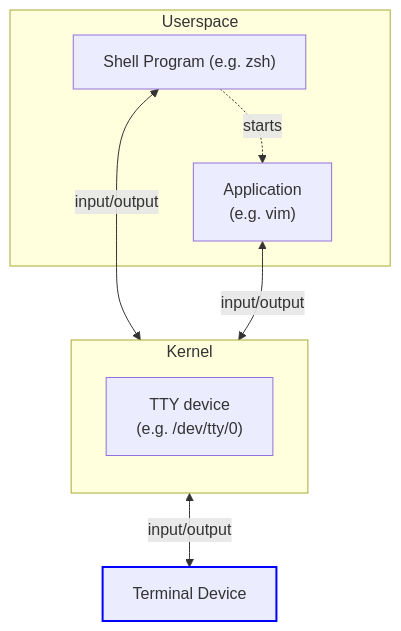
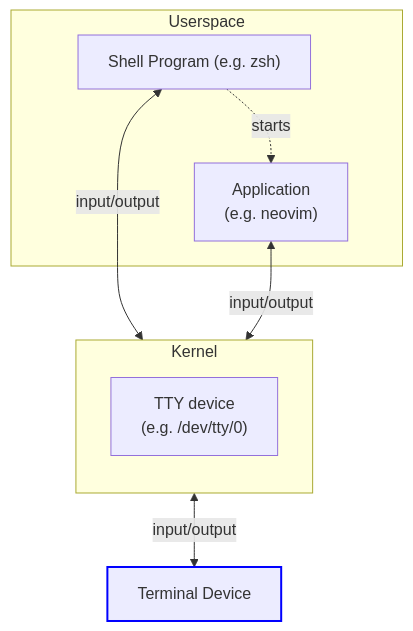
One commit to wezterm/wezterm changed the second of 3 diagrams in docs/what-is-a-terminal.md. Above: the diagram before and after it, drawn with Mermaid. The commit also changed other lines of this file, not shown here.

````diff
--- a/docs/what-is-a-terminal.md
+++ b/docs/what-is-a-terminal.md
@@ -139,22 +136,17 @@
 ```mermaid
-flowchart 
+flowchart
     subgraph Kernel
         direction TB
-        TTY["
-            TTY device
-            (e.g. /dev/tty/0)
-        "] 
+        TTY["TTY device<br>(e.g. /dev/tty/0)"]
     end
-    
+
     subgraph Userspace
-    SHELL["Shell Program (e.g. zsh)"] <-- input/output --> TTY
-    SHELL -. "starts" .-> APP
-    APP["
-        Application
-        (e.g. vim)
-    "] <-- input/output --> TTY
+        SHELL["Shell Program (e.g. zsh)"] <-- input/output --> TTY
+        SHELL -. "starts" .-> APP
+        APP["Application<br>(e.g. neovim)"] <-- input/output --> TTY
+    end
 
-    end
     TTY  <-- input/output -->  TE["Terminal Device"]:::td
+
     classDef td stroke:#00F,stroke-width:2px
 ```
````
